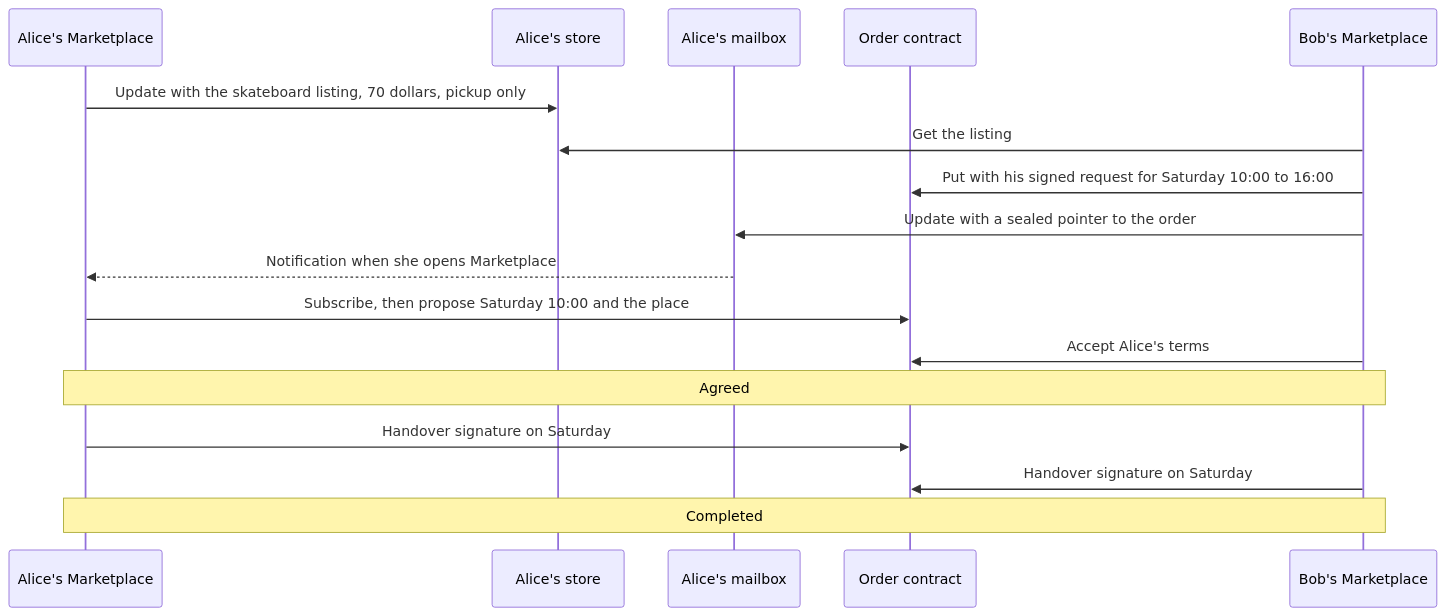
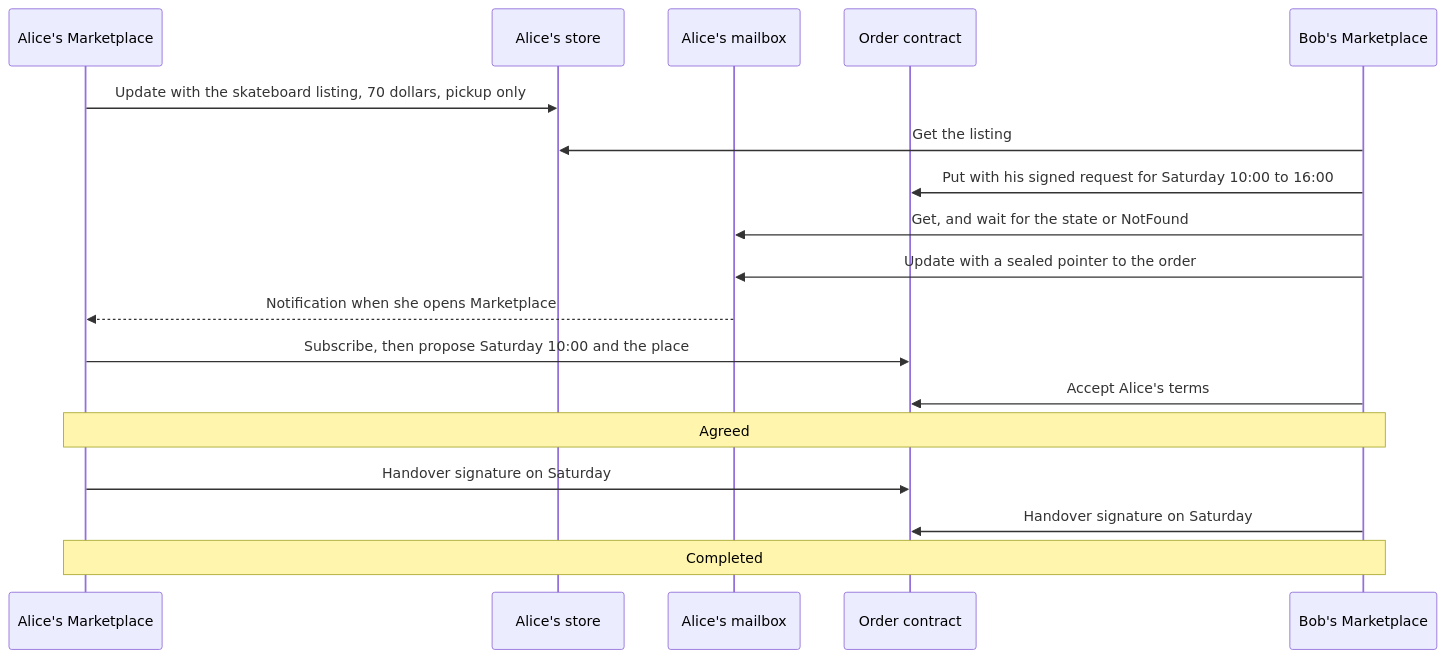
The diagram in 3-attribution-remuneration-payment/03-marketplace-protocol.md (EVY-Platform/evy-freenet-plans), drawn with Mermaid before and after one commit. The commit also changed other lines of this file and 7 other files, not shown here.

````diff
--- a/3-attribution-remuneration-payment/03-marketplace-protocol.md
+++ b/3-attribution-remuneration-payment/03-marketplace-protocol.md
@@ -33,19 +34,20 @@
 ```mermaid
 sequenceDiagram
     participant Alice as Alice's Marketplace
     participant Store as Alice's store
     participant Mailbox as Alice's mailbox
     participant Order as Order contract
     participant Bob as Bob's Marketplace
     Alice->>Store: Update with the skateboard listing, 70 dollars, pickup only
     Bob->>Store: Get the listing
     Bob->>Order: Put with his signed request for Saturday 10:00 to 16:00
+    Bob->>Mailbox: Get, and wait for the state or NotFound
     Bob->>Mailbox: Update with a sealed pointer to the order
     Mailbox-->>Alice: Notification when she opens Marketplace
     Alice->>Order: Subscribe, then propose Saturday 10:00 and the place
     Bob->>Order: Accept Alice's terms
     Note over Alice,Bob: Agreed
     Alice->>Order: Handover signature on Saturday
     Bob->>Order: Handover signature on Saturday
     Note over Alice,Bob: Completed
 ```
````
